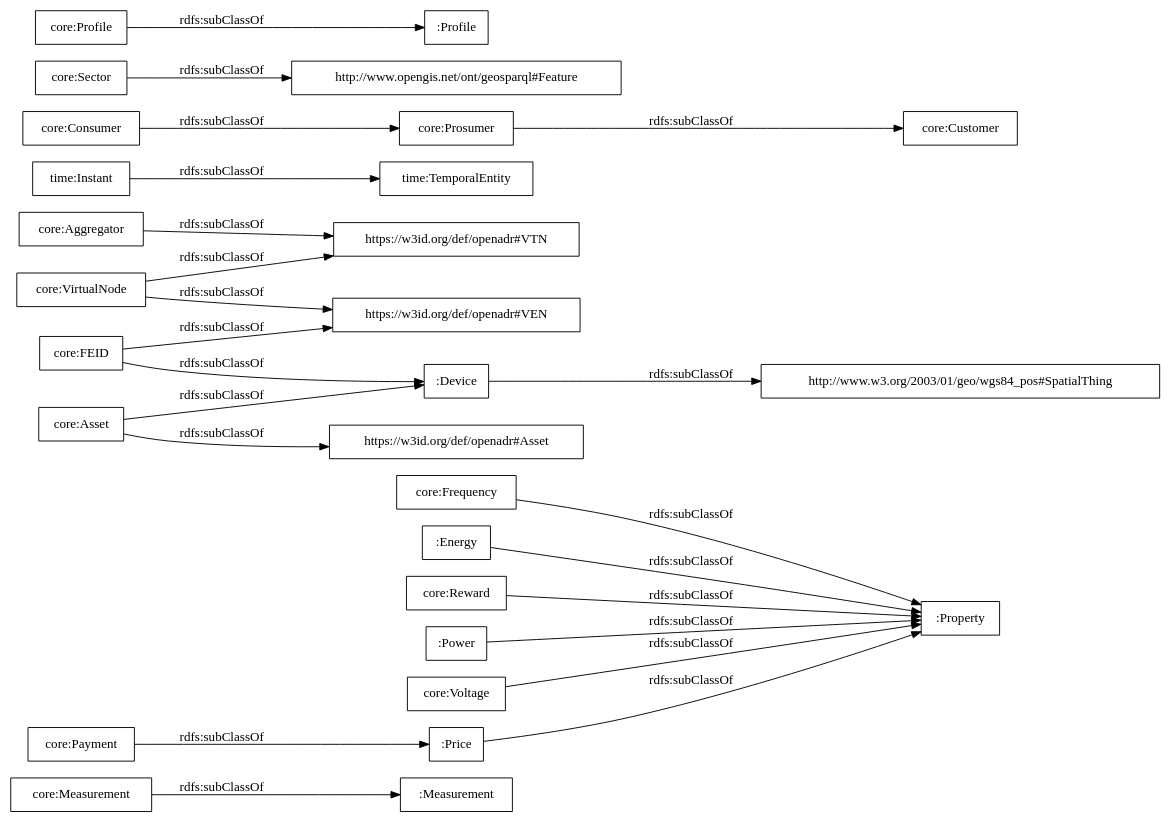
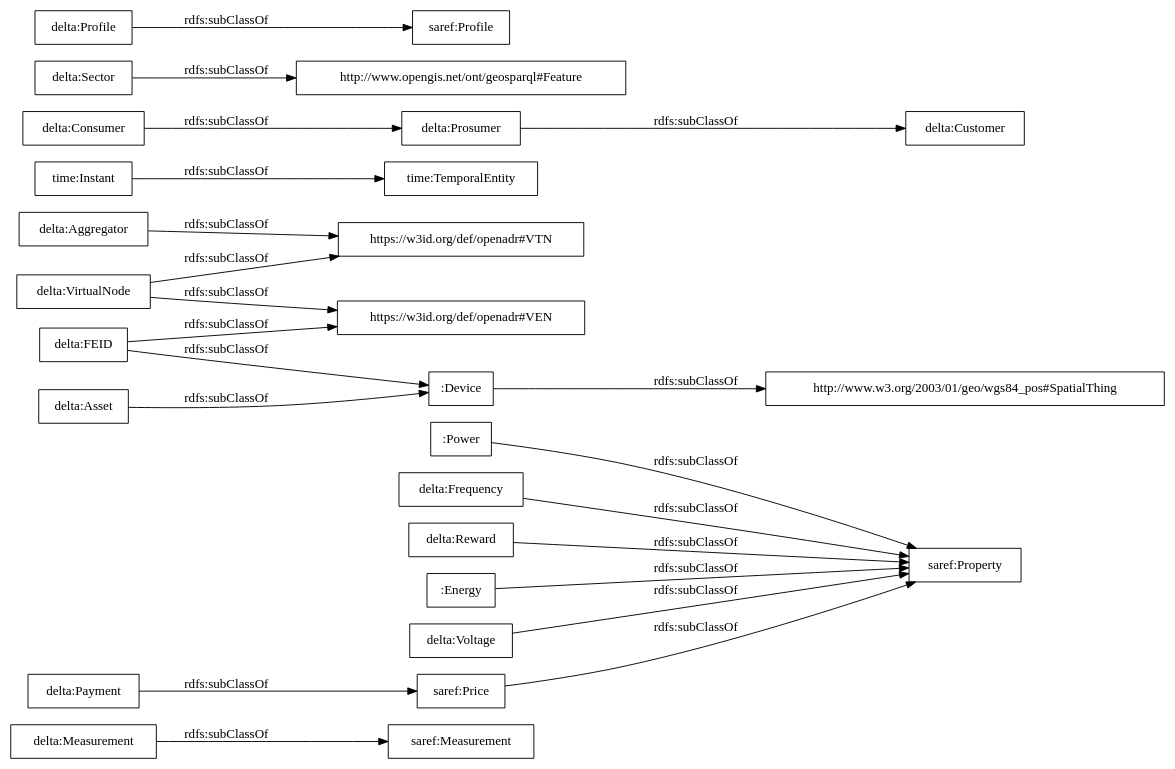
The diagram in OnToology/ontology/delta.ttl/diagrams/ar2dtool-taxonomy/delta.ttl.png.dot (oeg-upm/delta-ontology), drawn with Graphviz before and after one commit. The commit also changed 45 other files, not shown here.

```diff
--- a/OnToology/ontology/delta.ttl/diagrams/ar2dtool-taxonomy/delta.ttl.png.dot
+++ b/OnToology/ontology/delta.ttl/diagrams/ar2dtool-taxonomy/delta.ttl.png.dot
@@ -1,27 +1,26 @@
 digraph ar2dtool_diagram { 
 rankdir=LR;
 size="1000"
-node [shape = rectangle, color="black"]; ":Measurement" ":Price" "https://w3id.org/def/openadr#VEN" "time:Instant" "core:Frequency" "core:Customer" "core:VirtualNode" ":Device" "core:Sector" "https://w3id.org/def/openadr#VTN" ":Energy" "core:Consumer" "core:Aggregator" "core:Measurement" "http://www.w3.org/2003/01/geo/wgs84_pos#SpatialThing" "core:Prosumer" "https://w3id.org/def/openadr#Asset" "core:Reward" "time:TemporalEntity" ":Profile" "core:Asset" "http://www.opengis.net/ont/geosparql#Feature" ":Power" "core:Voltage" "core:Profile" ":Property" "core:FEID" "core:Payment" ; /*classes style*/
-	":Energy" -> ":Property" [ label = "rdfs:subClassOf" ];
-	"core:Payment" -> ":Price" [ label = "rdfs:subClassOf" ];
-	"core:Measurement" -> ":Measurement" [ label = "rdfs:subClassOf" ];
-	"core:VirtualNode" -> "https://w3id.org/def/openadr#VTN" [ label = "rdfs:subClassOf" ];
-	"core:VirtualNode" -> "https://w3id.org/def/openadr#VEN" [ label = "rdfs:subClassOf" ];
-	"core:Voltage" -> ":Property" [ label = "rdfs:subClassOf" ];
-	":Price" -> ":Property" [ label = "rdfs:subClassOf" ];
-	"core:Sector" -> "http://www.opengis.net/ont/geosparql#Feature" [ label = "rdfs:subClassOf" ];
+node [shape = rectangle, color="black"]; "saref:Measurement" "saref:Price" "https://w3id.org/def/openadr#VEN" ":Power" "time:Instant" "delta:Frequency" "delta:Customer" "delta:VirtualNode" "delta:Sector" "https://w3id.org/def/openadr#VTN" "delta:Consumer" "delta:Aggregator" "delta:Measurement" "http://www.w3.org/2003/01/geo/wgs84_pos#SpatialThing" "delta:Prosumer" "delta:Reward" ":Energy" "time:TemporalEntity" "saref:Profile" "delta:Asset" "http://www.opengis.net/ont/geosparql#Feature" "delta:Voltage" "delta:Profile" "delta:FEID" "saref:Property" "delta:Payment" ":Device" ; /*classes style*/
+	"delta:Payment" -> "saref:Price" [ label = "rdfs:subClassOf" ];
+	"delta:Measurement" -> "saref:Measurement" [ label = "rdfs:subClassOf" ];
+	"delta:VirtualNode" -> "https://w3id.org/def/openadr#VTN" [ label = "rdfs:subClassOf" ];
+	"delta:VirtualNode" -> "https://w3id.org/def/openadr#VEN" [ label = "rdfs:subClassOf" ];
 	":Device" -> "http://www.w3.org/2003/01/geo/wgs84_pos#SpatialThing" [ label = "rdfs:subClassOf" ];
-	"core:Aggregator" -> "https://w3id.org/def/openadr#VTN" [ label = "rdfs:subClassOf" ];
-	"core:FEID" -> ":Device" [ label = "rdfs:subClassOf" ];
-	"core:FEID" -> "https://w3id.org/def/openadr#VEN" [ label = "rdfs:subClassOf" ];
-	"core:Asset" -> "https://w3id.org/def/openadr#Asset" [ label = "rdfs:subClassOf" ];
-	"core:Asset" -> ":Device" [ label = "rdfs:subClassOf" ];
-	"core:Frequency" -> ":Property" [ label = "rdfs:subClassOf" ];
-	"core:Prosumer" -> "core:Customer" [ label = "rdfs:subClassOf" ];
+	"delta:Voltage" -> "saref:Property" [ label = "rdfs:subClassOf" ];
+	"saref:Price" -> "saref:Property" [ label = "rdfs:subClassOf" ];
+	"delta:Sector" -> "http://www.opengis.net/ont/geosparql#Feature" [ label = "rdfs:subClassOf" ];
+	"delta:Aggregator" -> "https://w3id.org/def/openadr#VTN" [ label = "rdfs:subClassOf" ];
+	":Energy" -> "saref:Property" [ label = "rdfs:subClassOf" ];
+	"delta:FEID" -> ":Device" [ label = "rdfs:subClassOf" ];
+	"delta:FEID" -> "https://w3id.org/def/openadr#VEN" [ label = "rdfs:subClassOf" ];
+	":Power" -> "saref:Property" [ label = "rdfs:subClassOf" ];
+	"delta:Asset" -> ":Device" [ label = "rdfs:subClassOf" ];
+	"delta:Frequency" -> "saref:Property" [ label = "rdfs:subClassOf" ];
+	"delta:Prosumer" -> "delta:Customer" [ label = "rdfs:subClassOf" ];
 	"time:Instant" -> "time:TemporalEntity" [ label = "rdfs:subClassOf" ];
-	"core:Profile" -> ":Profile" [ label = "rdfs:subClassOf" ];
-	"core:Consumer" -> "core:Prosumer" [ label = "rdfs:subClassOf" ];
-	"core:Reward" -> ":Property" [ label = "rdfs:subClassOf" ];
-	":Power" -> ":Property" [ label = "rdfs:subClassOf" ];
+	"delta:Profile" -> "saref:Profile" [ label = "rdfs:subClassOf" ];
+	"delta:Consumer" -> "delta:Prosumer" [ label = "rdfs:subClassOf" ];
+	"delta:Reward" -> "saref:Property" [ label = "rdfs:subClassOf" ];
 
 }
```
